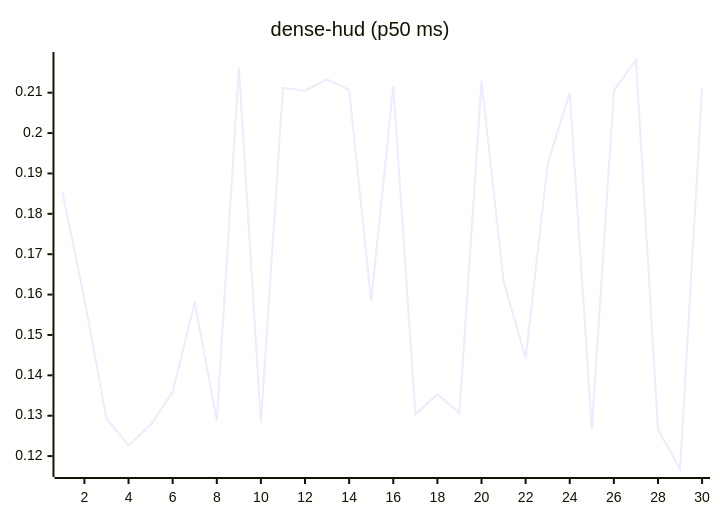
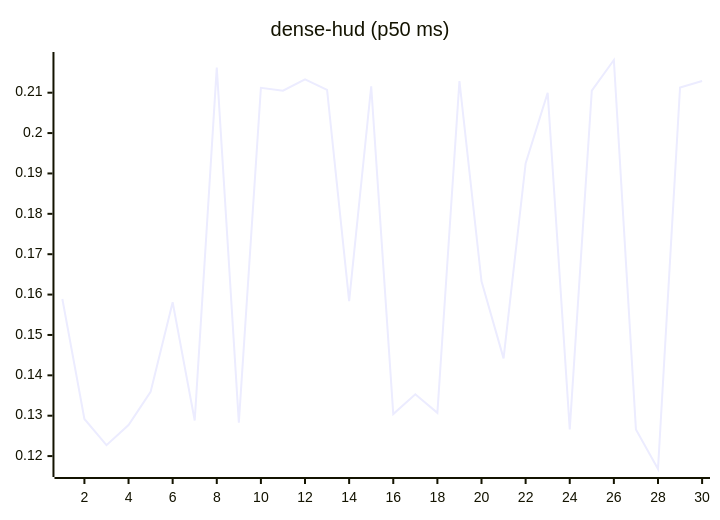
The eighth of 27 diagrams in README.md (josha/Facet), drawn with Mermaid before and after one commit. The commit also changed other lines of this file and 2 other files, not shown here.

````diff
--- a/README.md
+++ b/README.md
@@ -112,6 +112,6 @@
 ```mermaid
 xychart-beta
     title "dense-hud (p50 ms)"
     x-axis 1 --> 30
-    line [0.1854, 0.1589, 0.1292, 0.1227, 0.1277, 0.1359, 0.1581, 0.1288, 0.2162, 0.1283, 0.2112, 0.2105, 0.2133, 0.2107, 0.1584, 0.2116, 0.1304, 0.1353, 0.1307, 0.2129, 0.1633, 0.1442, 0.1925, 0.2100, 0.1266, 0.2105, 0.2181, 0.1266, 0.1168, 0.2113]
+    line [0.1589, 0.1292, 0.1227, 0.1277, 0.1359, 0.1581, 0.1288, 0.2162, 0.1283, 0.2112, 0.2105, 0.2133, 0.2107, 0.1584, 0.2116, 0.1304, 0.1353, 0.1307, 0.2129, 0.1633, 0.1442, 0.1925, 0.2100, 0.1266, 0.2105, 0.2181, 0.1266, 0.1168, 0.2113, 0.2129]
 ```
````
